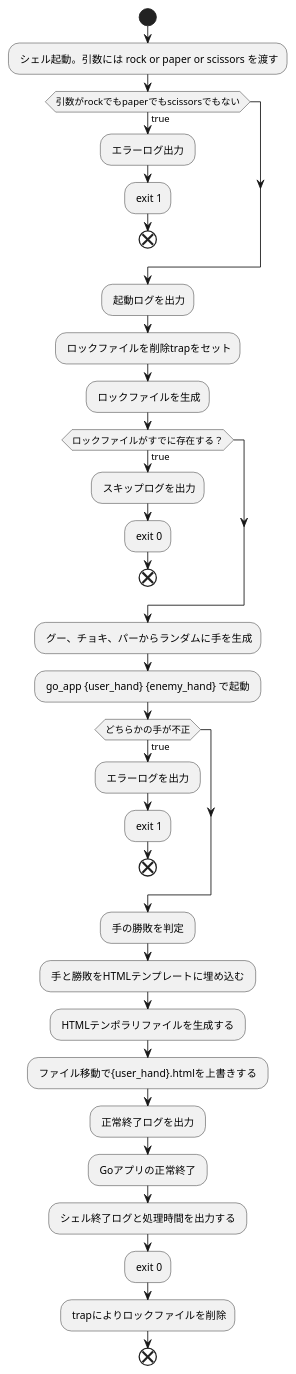
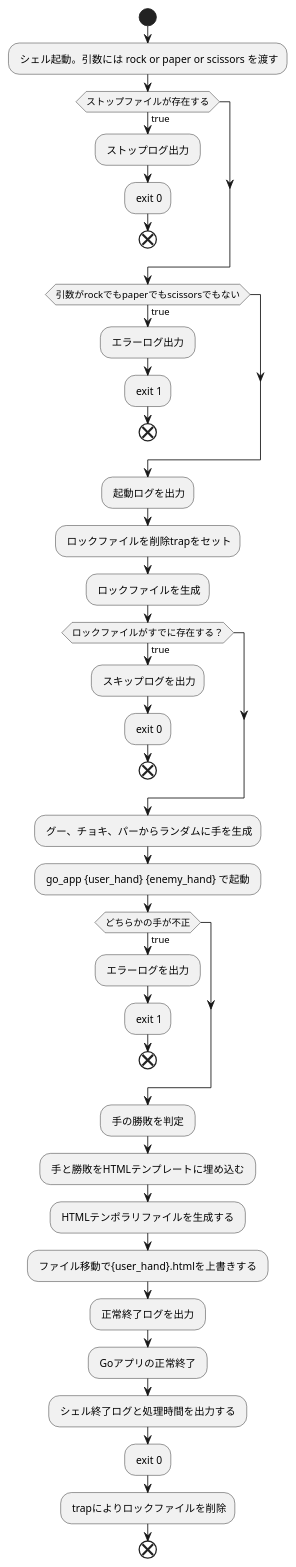
The diagram in doc/img/application.puml (jiro4989/janken), drawn with PlantUML before and after one commit. The commit also changed 1 other file, not shown here.

```diff
--- a/doc/img/application.puml
+++ b/doc/img/application.puml
@@ -1,42 +1,47 @@
 @startuml
 
 skinparam {
   defaultFontName Noto Sans CJK JP Regular
 }
 
 start
 
 : シェル起動。引数には rock or paper or scissors を渡す;
+if (ストップファイルが存在する) then (true)
+  : ストップログ出力 ;
+  : exit 0;
+  end
+endif
 if (引数がrockでもpaperでもscissorsでもない) then (true)
   : エラーログ出力 ;
   : exit 1;
   end
 endif
 : 起動ログを出力;
 : ロックファイルを削除trapをセット;
 : ロックファイルを生成;
 if (ロックファイルがすでに存在する？) then (true)
   : スキップログを出力;
   : exit 0;
   end
 endif
 : グー、チョキ、パーからランダムに手を生成;
 : go_app {user_hand} {enemy_hand} で起動 ;
 if (どちらかの手が不正) then (true)
   : エラーログを出力 ;
   : exit 1;
   end
 endif
 : 手の勝敗を判定 ;
 : 手と勝敗をHTMLテンプレートに埋め込む ;
 : HTMLテンポラリファイルを生成する ;
 : ファイル移動で{user_hand}.htmlを上書きする ;
 : 正常終了ログを出力 ;
 : Goアプリの正常終了 ;
 : シェル終了ログと処理時間を出力する ;
 : exit 0;
 : trapによりロックファイルを削除;
 
 end
 
 @enduml
```
